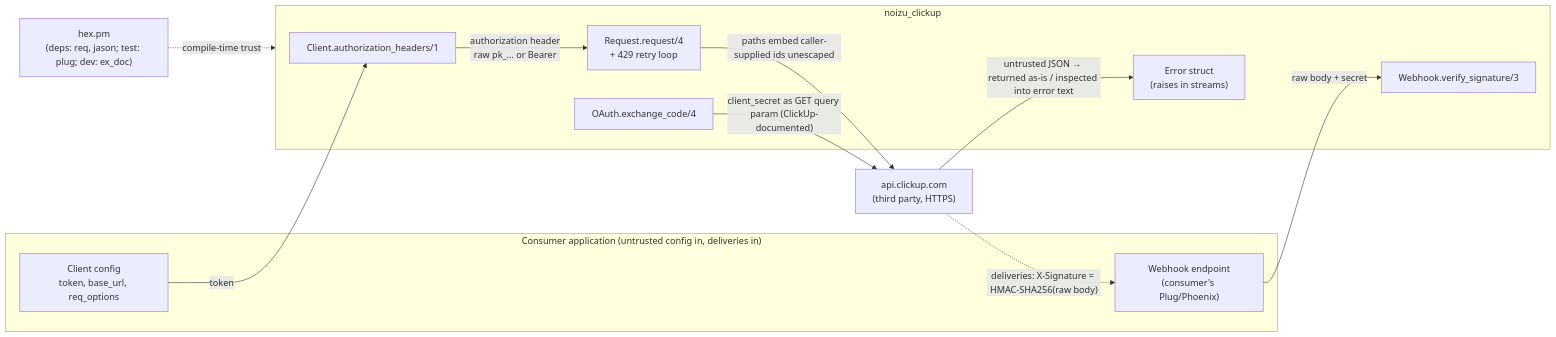
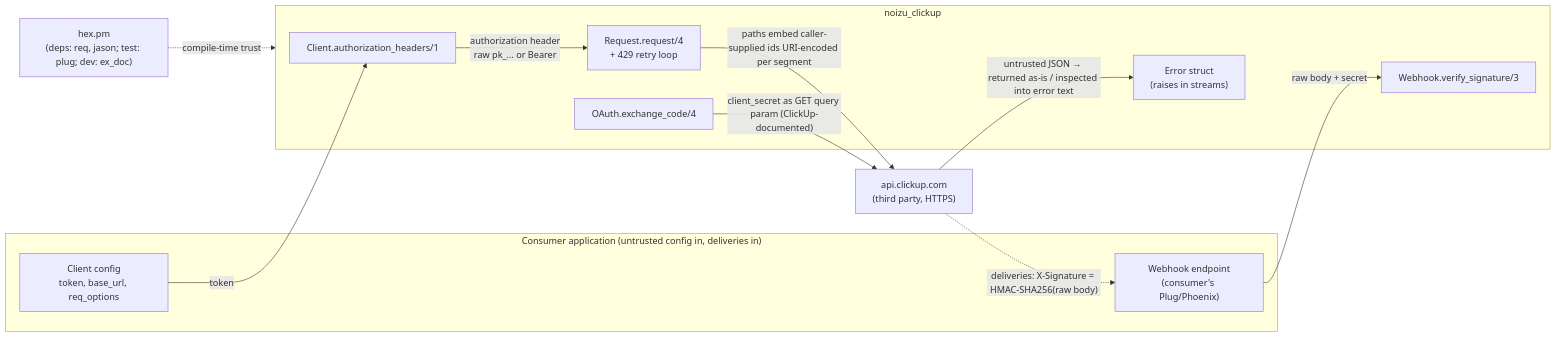
Before and after one commit to noizu-labs-sdks/noizu_clickup: the diagram in docs/THREAT-MODEL.md, drawn with Mermaid. The commit also changed other lines of this file and 24 other files, not shown here.

````diff
--- a/docs/THREAT-MODEL.md
+++ b/docs/THREAT-MODEL.md
@@ -31,27 +31,27 @@
 ```mermaid
 graph LR
     subgraph Consumer["Consumer application (untrusted config in, deliveries in)"]
         CFG["Client config<br/>token, base_url, req_options"]
         EP["Webhook endpoint<br/>(consumer's Plug/Phoenix)"]
     end
 
     subgraph Library["noizu_clickup"]
         AUTH["Client.authorization_headers/1"]
         REQ["Request.request/4<br/>+ 429 retry loop"]
         EX["OAuth.exchange_code/4"]
         VS["Webhook.verify_signature/3"]
         ERR["Error struct<br/>(raises in streams)"]
     end
 
     CU["api.clickup.com<br/>(third party, HTTPS)"]
     HEX["hex.pm<br/>(deps: req, jason; test: plug; dev: ex_doc)"]
 
     CFG -->|token| AUTH
     AUTH -->|"authorization header<br/>raw pk_… or Bearer"| REQ
-    REQ -->|"paths embed caller-supplied ids unescaped"| CU
+    REQ -->|"paths embed caller-supplied ids URI-encoded per segment"| CU
     EX -->|"client_secret as GET query param (ClickUp-documented)"| CU
     CU -->|"untrusted JSON → returned as-is / inspected into error text"| ERR
     CU -.->|"deliveries: X-Signature = HMAC-SHA256(raw body)"| EP
     EP -->|raw body + secret| VS
     HEX -.->|"compile-time trust"| Library
 ```
````
